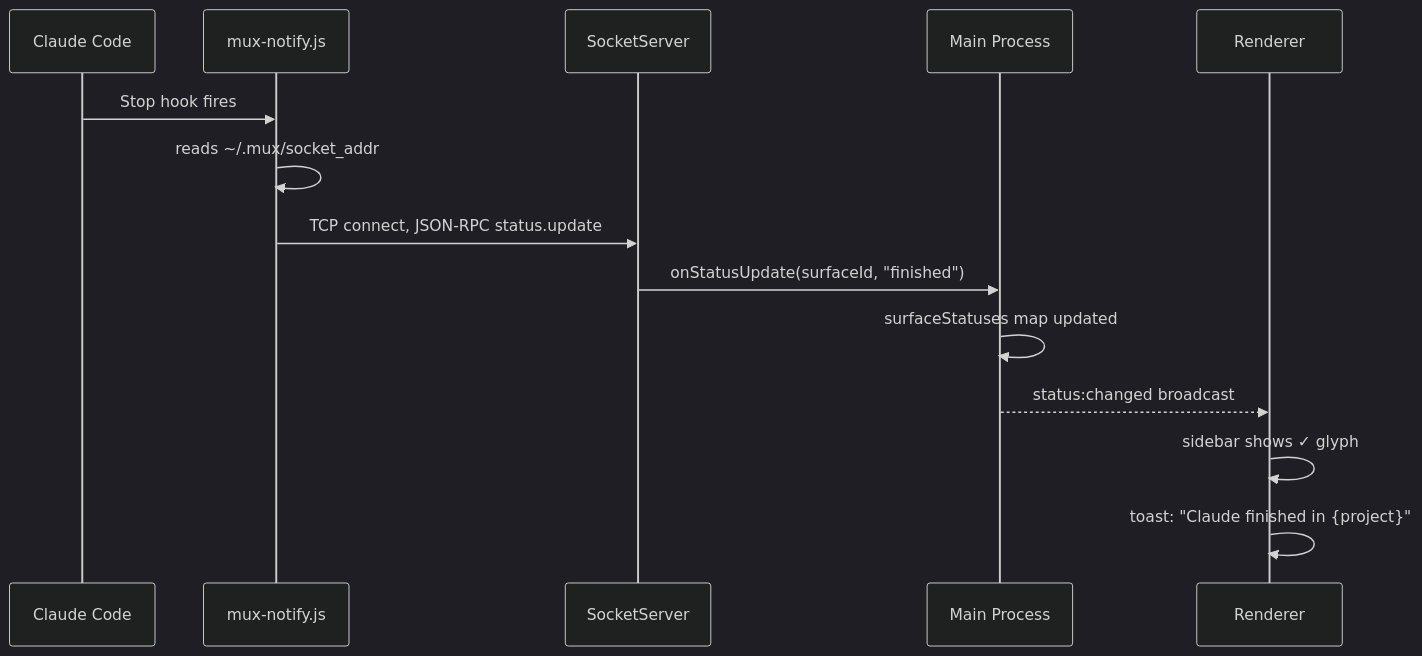
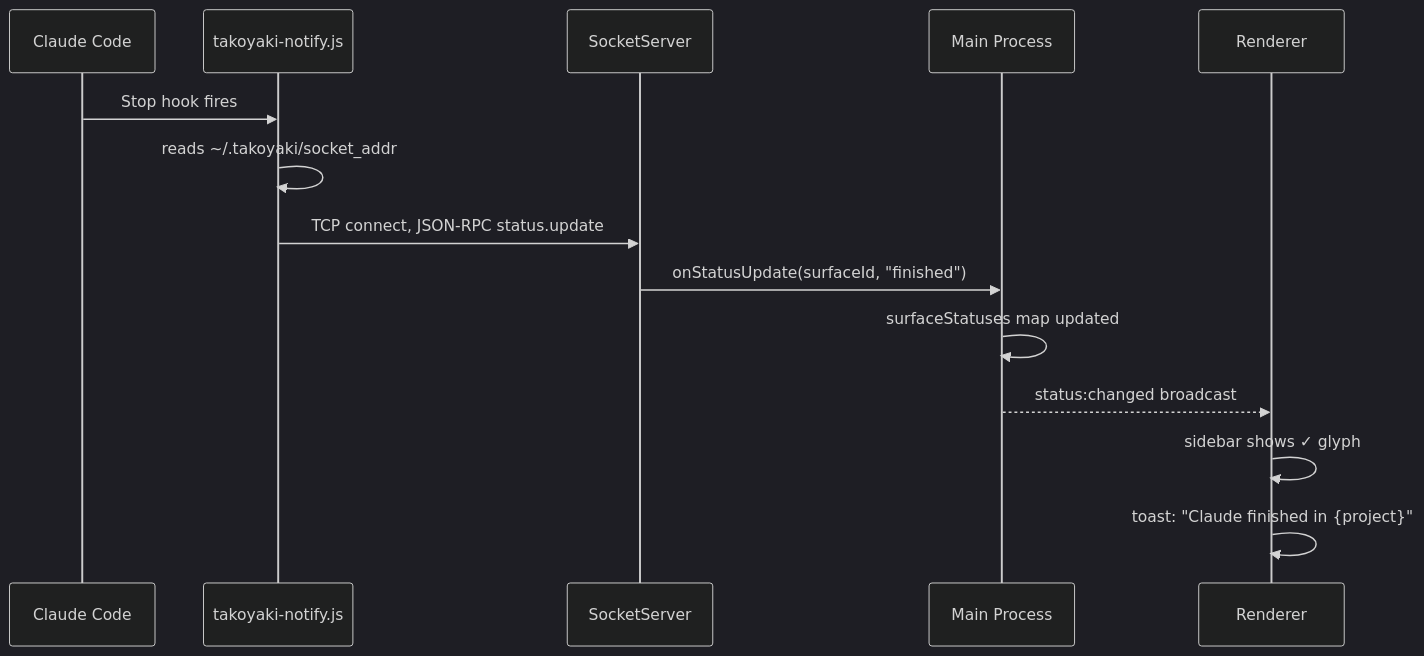
The fourth of 10 diagrams in docs/ARCHITECTURE.md (adikuma/takoyaki), drawn with Mermaid (dark theme) before and after one commit. The commit also changed other lines of this file and 41 other files, not shown here.

````diff
--- a/docs/ARCHITECTURE.md
+++ b/docs/ARCHITECTURE.md
@@ -85,17 +85,17 @@
 ```mermaid
 sequenceDiagram
     participant Claude as Claude Code
-    participant Script as mux-notify.js
+    participant Script as takoyaki-notify.js
     participant Socket as SocketServer
     participant Main as Main Process
     participant UI as Renderer
 
     Claude->>Script: Stop hook fires
-    Script->>Script: reads ~/.mux/socket_addr
+    Script->>Script: reads ~/.takoyaki/socket_addr
     Script->>Socket: TCP connect, JSON-RPC status.update
     Socket->>Main: onStatusUpdate(surfaceId, "finished")
     Main->>Main: surfaceStatuses map updated
     Main-->>UI: status:changed broadcast
     UI->>UI: sidebar shows ✓ glyph
     UI->>UI: toast: "Claude finished in {project}"
 ```
````
